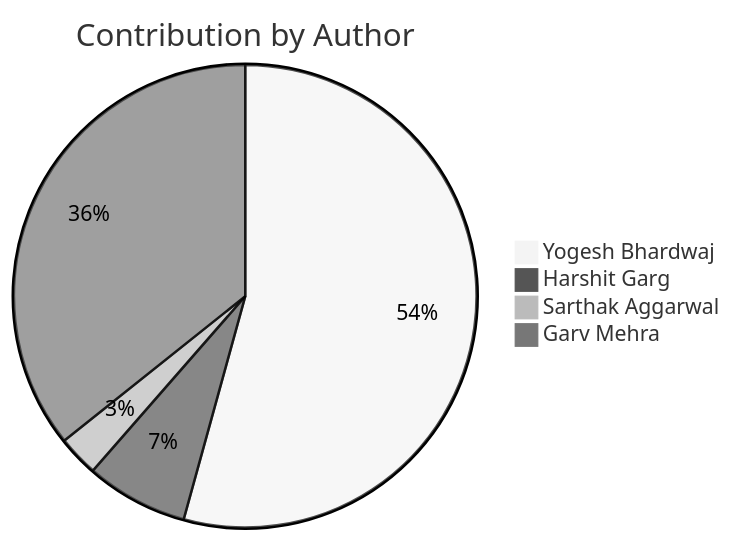
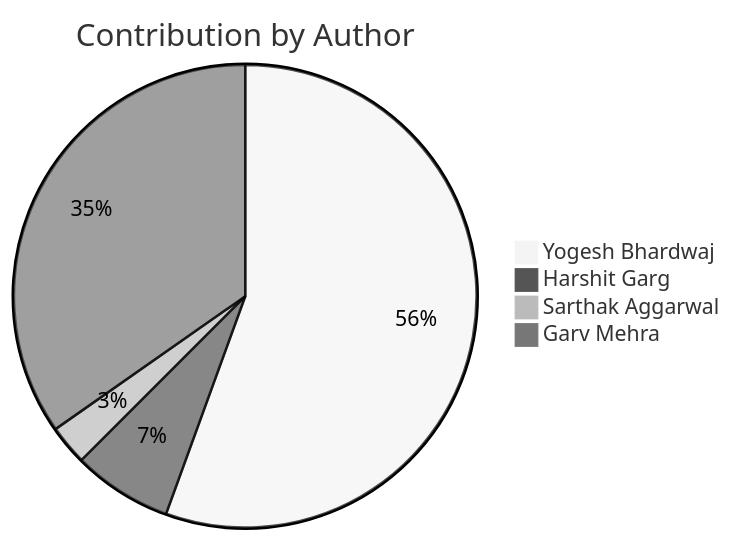
The diagram in README.md (Yogesh-Bhardwaj-hue/Scm-Final_2.0), drawn with Mermaid (neutral theme) before and after one commit. The commit also changed other lines of this file, not shown here.

Commit message:
Update contribution charts

````diff
--- a/README.md
+++ b/README.md
@@ -161,7 +161,7 @@
 ```mermaid
 pie title Contribution by Author
-    "Yogesh Bhardwaj": 38
+    "Yogesh Bhardwaj": 40
     "Harshit Garg": 5
     "Sarthak Aggarwal": 2
     "Garv Mehra": 25
 ```
````
